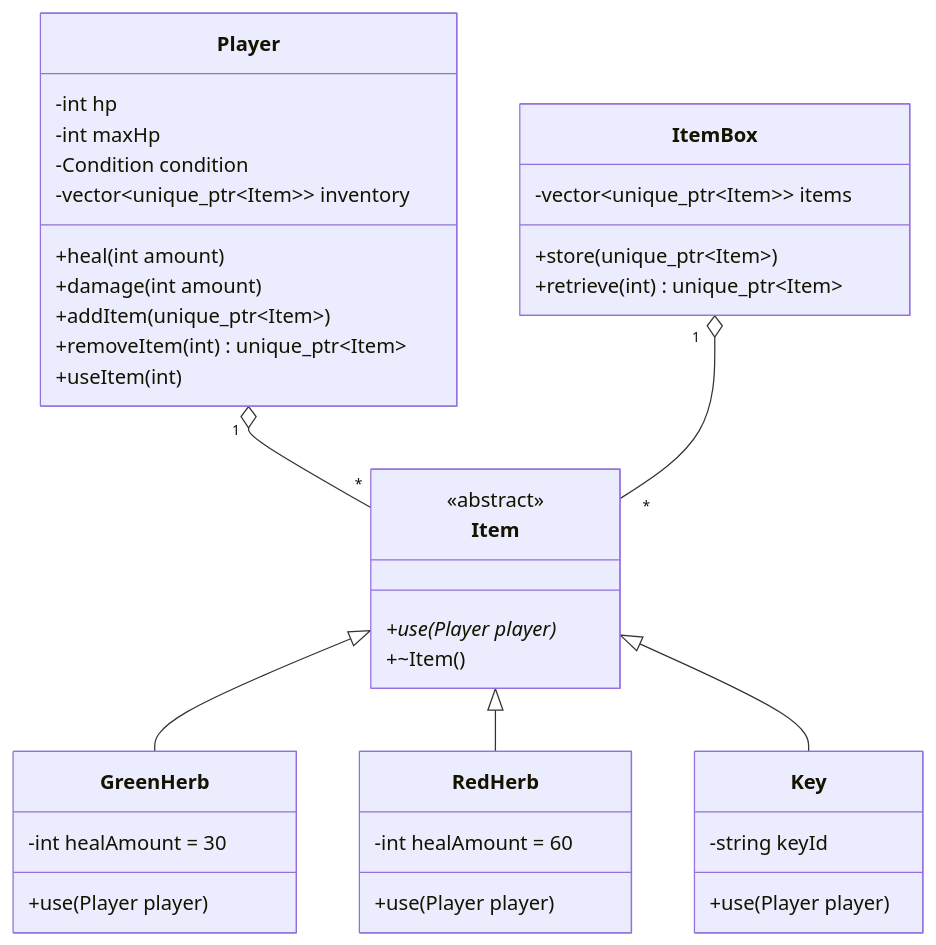
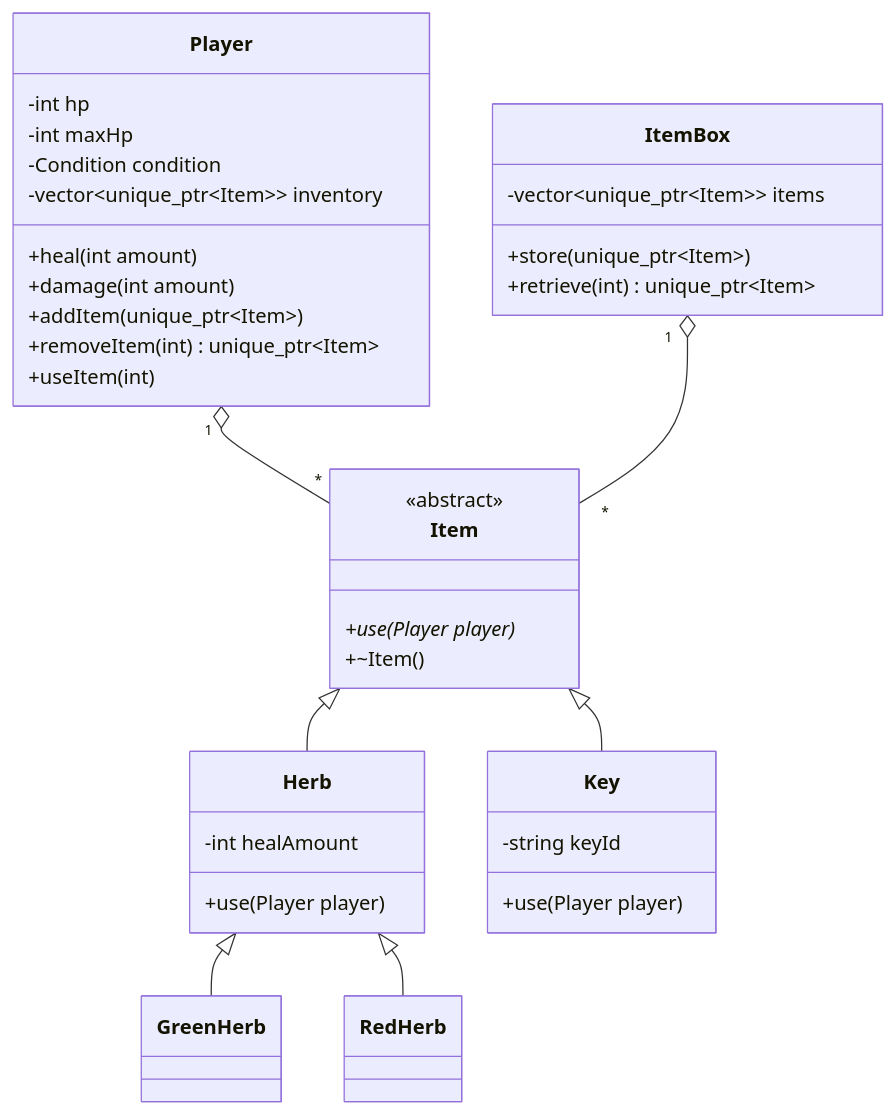
Before and after one commit to fuddt/Cplus: the ninth of 11 diagrams in Cplus/chapter-07-smartptr.md, drawn with Mermaid. The commit also changed other lines of this file and 18 other files, not shown here.

````diff
--- a/Cplus/chapter-07-smartptr.md
+++ b/Cplus/chapter-07-smartptr.md
@@ -423,47 +423,46 @@
 ```mermaid
 classDiagram
     class Player {
         -int hp
         -int maxHp
         -Condition condition
         -vector~unique_ptr~Item~~ inventory
         +heal(int amount)
         +damage(int amount)
         +addItem(unique_ptr~Item~)
         +removeItem(int) unique_ptr~Item~
         +useItem(int)
     }
 
     class ItemBox {
         -vector~unique_ptr~Item~~ items
         +store(unique_ptr~Item~)
         +retrieve(int) unique_ptr~Item~
     }
 
     class Item {
         <<abstract>>
         +use(Player player)*
         +~Item()
     }
 
-    class GreenHerb {
-        -int healAmount = 30
+    class Herb {
+        -int healAmount
         +use(Player player)
     }
 
-    class RedHerb {
-        -int healAmount = 60
-        +use(Player player)
-    }
+    class GreenHerb
+    class RedHerb
 
     class Key {
         -string keyId
         +use(Player player)
     }
 
-    Item <|-- GreenHerb
-    Item <|-- RedHerb
+    Item <|-- Herb
+    Herb <|-- GreenHerb
+    Herb <|-- RedHerb
     Item <|-- Key
     Player "1" o-- "*" Item
     ItemBox "1" o-- "*" Item
 ```
````
